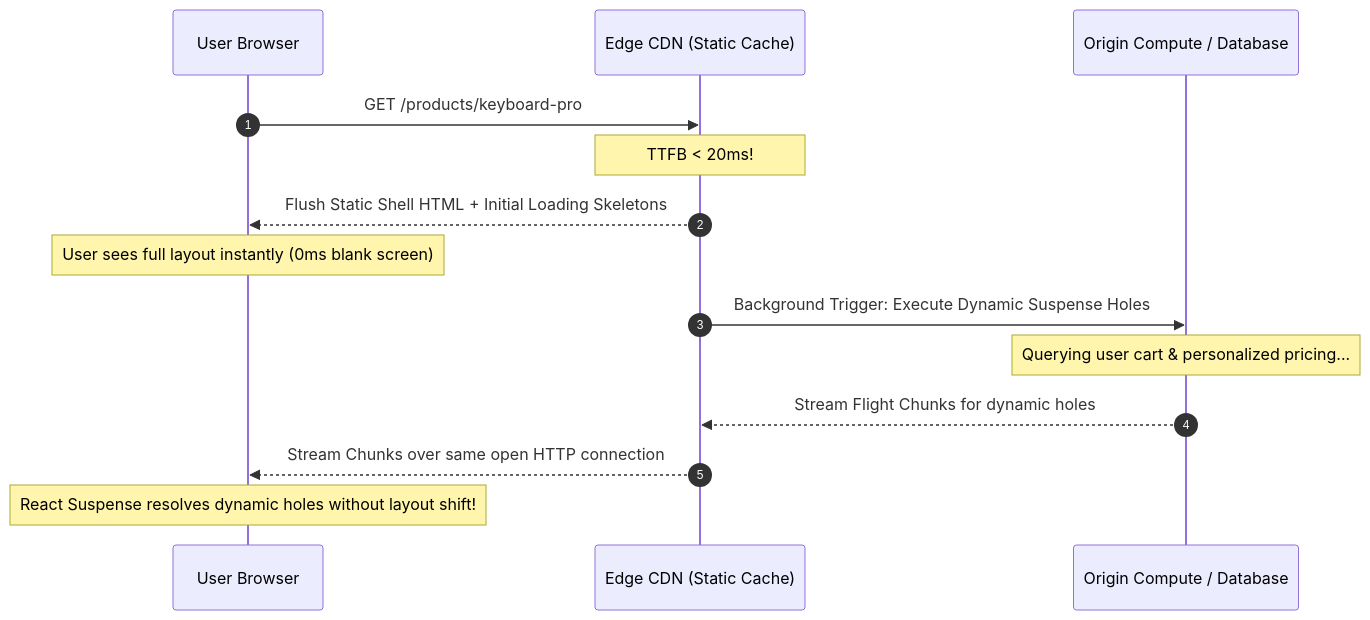
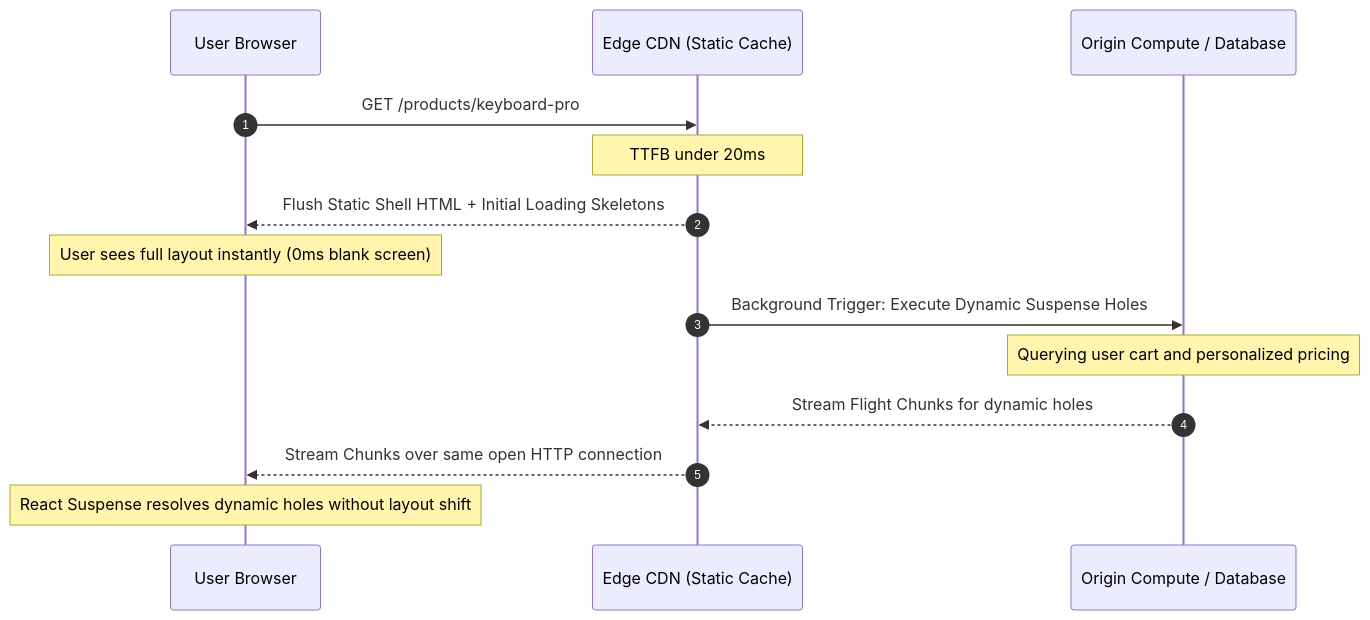
The diagram in blog/posts/partial-prerendering-dynamicio-hybrid-http-streams-nextjs.md (akmalkhaniub/akmalkhaniub.github.io), drawn with Mermaid before and after one commit. The commit also changed 600 other files, not shown here.

Commit message:
fix(blog): resolve Mermaid v10 syntax errors across Figure 1 and publication subgraphs

````diff
--- a/blog/posts/partial-prerendering-dynamicio-hybrid-http-streams-nextjs.md
+++ b/blog/posts/partial-prerendering-dynamicio-hybrid-http-streams-nextjs.md
@@ -16,18 +16,18 @@
 ```mermaid
 sequenceDiagram
   autonumber
   participant Browser as User Browser
   participant Edge as Edge CDN (Static Cache)
   participant Origin as Origin Compute / Database
 
   Browser->>Edge: GET /products/keyboard-pro
-  Note over Edge: TTFB < 20ms!
+  Note over Edge: TTFB under 20ms
   Edge-->>Browser: Flush Static Shell HTML + Initial Loading Skeletons
   Note over Browser: User sees full layout instantly (0ms blank screen)
 
   Edge->>Origin: Background Trigger: Execute Dynamic Suspense Holes
-  Note over Origin: Querying user cart & personalized pricing...
+  Note over Origin: Querying user cart and personalized pricing
   Origin-->>Edge: Stream Flight Chunks for dynamic holes
   Edge-->>Browser: Stream Chunks over same open HTTP connection
-  Note over Browser: React Suspense resolves dynamic holes without layout shift!
+  Note over Browser: React Suspense resolves dynamic holes without layout shift
 ```
````
